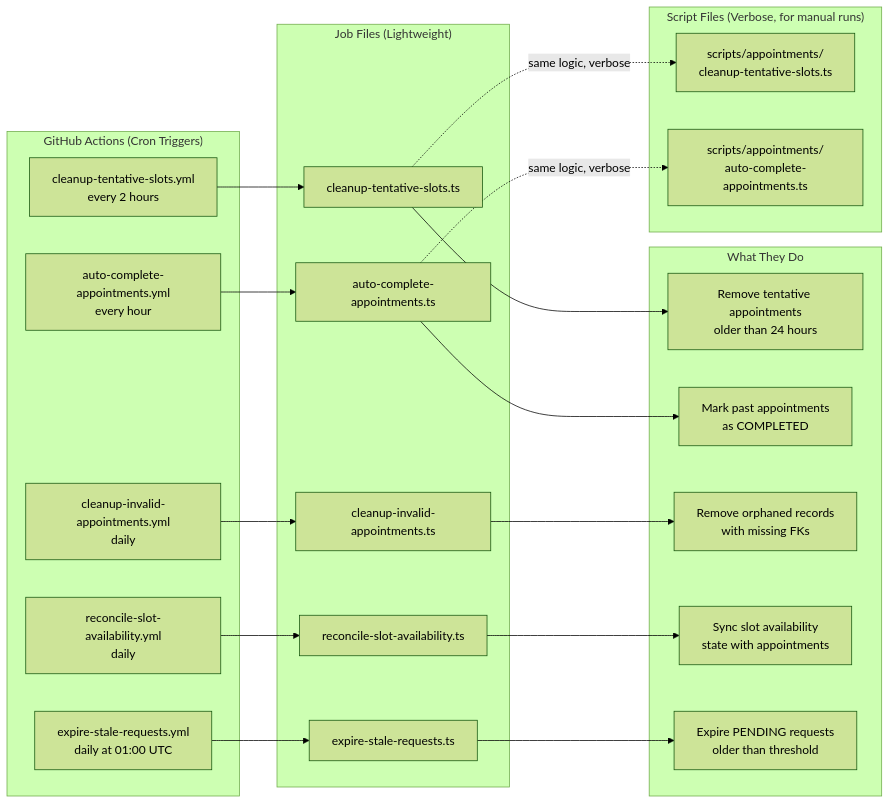
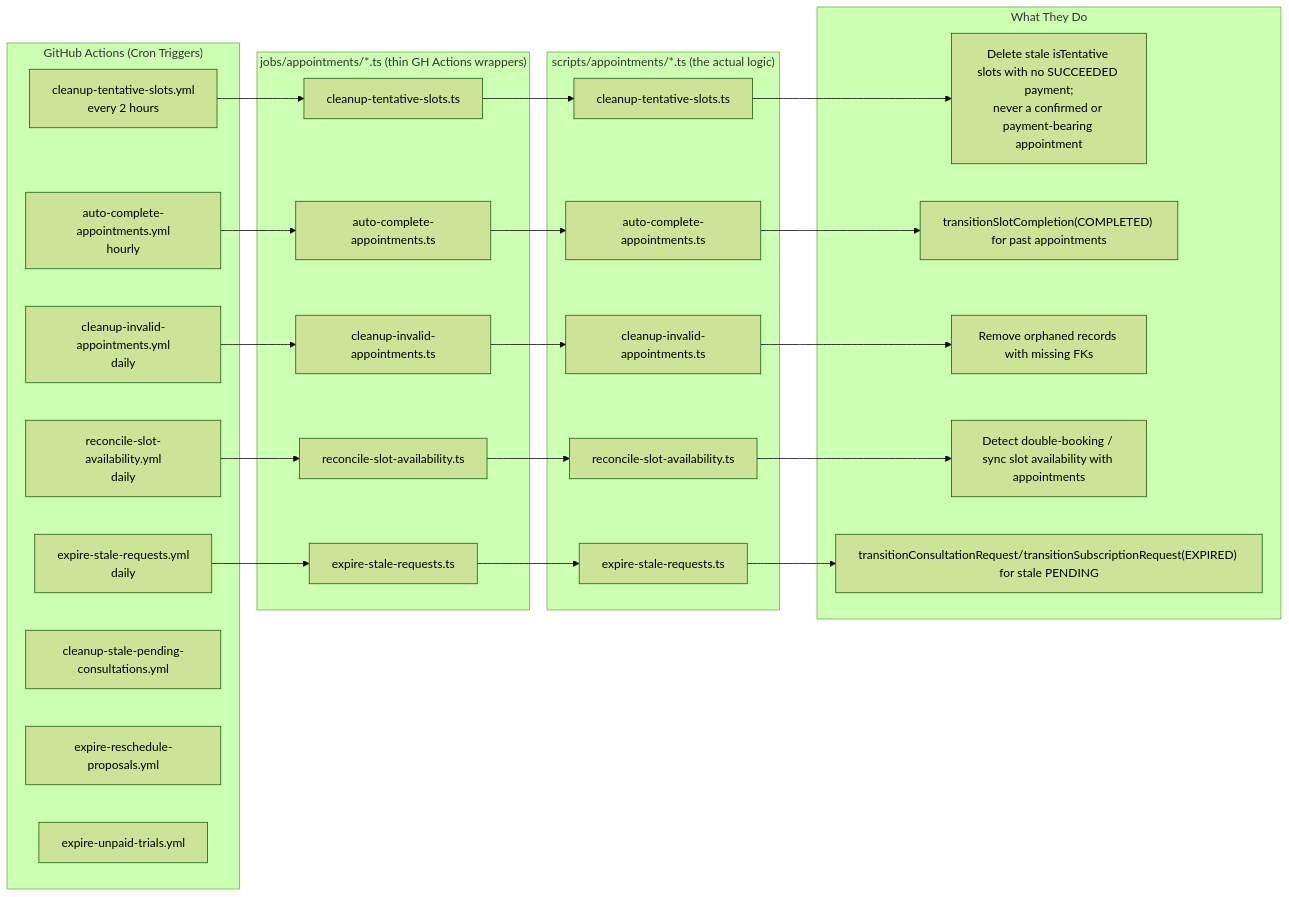
One commit to Practitionist/familiarise_web changed the fifth of 6 diagrams in docs/booking/06-dependency-graphs.md. Above: the diagram before and after it, drawn with Mermaid (forest theme). The commit also changed other lines of this file, not shown here.

First line of the commit message:
docs(booking): regenerate the dependency graphs from current imports

````diff
--- a/docs/booking/06-dependency-graphs.md
+++ b/docs/booking/06-dependency-graphs.md
@@ -282,39 +221,43 @@
 ```mermaid
 flowchart LR
   subgraph triggers ["GitHub Actions (Cron Triggers)"]
     GH1["cleanup-tentative-slots.yml\nevery 2 hours"]
-    GH2["auto-complete-appointments.yml\nevery hour"]
+    GH2["auto-complete-appointments.yml\nhourly"]
     GH3["cleanup-invalid-appointments.yml\ndaily"]
     GH4["reconcile-slot-availability.yml\ndaily"]
-    GH5["expire-stale-requests.yml\ndaily at 01:00 UTC"]
+    GH5["expire-stale-requests.yml\ndaily"]
+    GH6["cleanup-stale-pending-consultations.yml"]
+    GH7["expire-reschedule-proposals.yml"]
+    GH8["expire-unpaid-trials.yml"]
   end
 
-  subgraph jobs ["Job Files (Lightweight)"]
+  subgraph jobs ["jobs/appointments/*.ts (thin GH Actions wrappers)"]
     J1["cleanup-tentative-slots.ts"]
     J2["auto-complete-appointments.ts"]
     J3["cleanup-invalid-appointments.ts"]
     J4["reconcile-slot-availability.ts"]
     J5["expire-stale-requests.ts"]
   end
 
-  subgraph scripts ["Script Files (Verbose, for manual runs)"]
-    S1["scripts/appointments/\ncleanup-tentative-slots.ts"]
-    S2["scripts/appointments/\nauto-complete-appointments.ts"]
+  subgraph scripts ["scripts/appointments/*.ts (the actual logic)"]
+    S1["cleanup-tentative-slots.ts"]
+    S2["auto-complete-appointments.ts"]
+    S3["cleanup-invalid-appointments.ts"]
+    S4["reconcile-slot-availability.ts"]
+    S5["expire-stale-requests.ts"]
   end
 
   subgraph cleanup_actions ["What They Do"]
-    A1["Remove tentative appointments\nolder than 24 hours"]
-    A2["Mark past appointments\nas COMPLETED"]
-    A3["Remove orphaned records\nwith missing FKs"]
-    A4["Sync slot availability\nstate with appointments"]
-    A5["Expire PENDING requests\nolder than threshold"]
+    A1["Delete stale isTentative slots with no SUCCEEDED payment;\nnever a confirmed or payment-bearing appointment"]
+    A2["transitionSlotCompletion(COMPLETED) for past appointments"]
+    A3["Remove orphaned records with missing FKs"]
+    A4["Detect double-booking / sync slot availability with appointments"]
+    A5["transitionConsultationRequest/transitionSubscriptionRequest(EXPIRED) for stale PENDING"]
   end
 
-  GH1 --> J1 --> A1
-  GH2 --> J2 --> A2
-  GH3 --> J3 --> A3
-  GH4 --> J4 --> A4
-  GH5 --> J5 --> A5
-  J1 -.->|same logic, verbose| S1
-  J2 -.->|same logic, verbose| S2
+  GH1 --> J1 --> S1 --> A1
+  GH2 --> J2 --> S2 --> A2
+  GH3 --> J3 --> S3 --> A3
+  GH4 --> J4 --> S4 --> A4
+  GH5 --> J5 --> S5 --> A5
 ```
````
